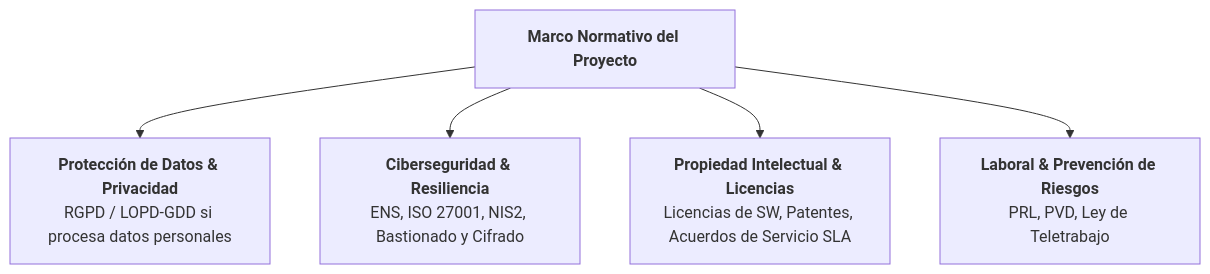
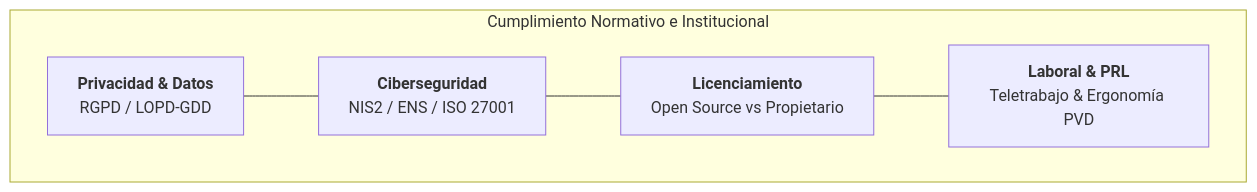
Before and after one commit to fencgut961/PI_26_27: the ninth of 13 diagrams in RA1.md, drawn with Mermaid. The commit also changed other lines of this file, not shown here.

````diff
--- a/RA1.md
+++ b/RA1.md
@@ -277,7 +310,9 @@
 ```mermaid
-flowchart TD
-    A[<b>Marco Normativo del Proyecto</b>] --> B[<b>Protección de Datos & Privacidad</b><br/>RGPD / LOPD-GDD si procesa datos personales]
-    A --> C[<b>Ciberseguridad & Resiliencia</b><br/>ENS, ISO 27001, NIS2, Bastionado y Cifrado]
-    A --> D[<b>Propiedad Intelectual & Licencias</b><br/>Licencias de SW, Patentes, Acuerdos de Servicio SLA]
-    A --> E[<b>Laboral & Prevención de Riesgos</b><br/>PRL, PVD, Ley de Teletrabajo]
+flowchart LR
+    subgraph Marco_Legal [Cumplimiento Normativo e Institucional]
+        direction LR
+        PRIV[<b>Privacidad & Datos</b><br/>RGPD / LOPD-GDD] --- SEC[<b>Ciberseguridad</b><br/>NIS2 / ENS / ISO 27001]
+        SEC --- LIC[<b>Licenciamiento</b><br/>Open Source vs Propietario]
+        LIC --- LAB[<b>Laboral & PRL</b><br/>Teletrabajo & Ergonomía PVD]
+    end
 ```
````
